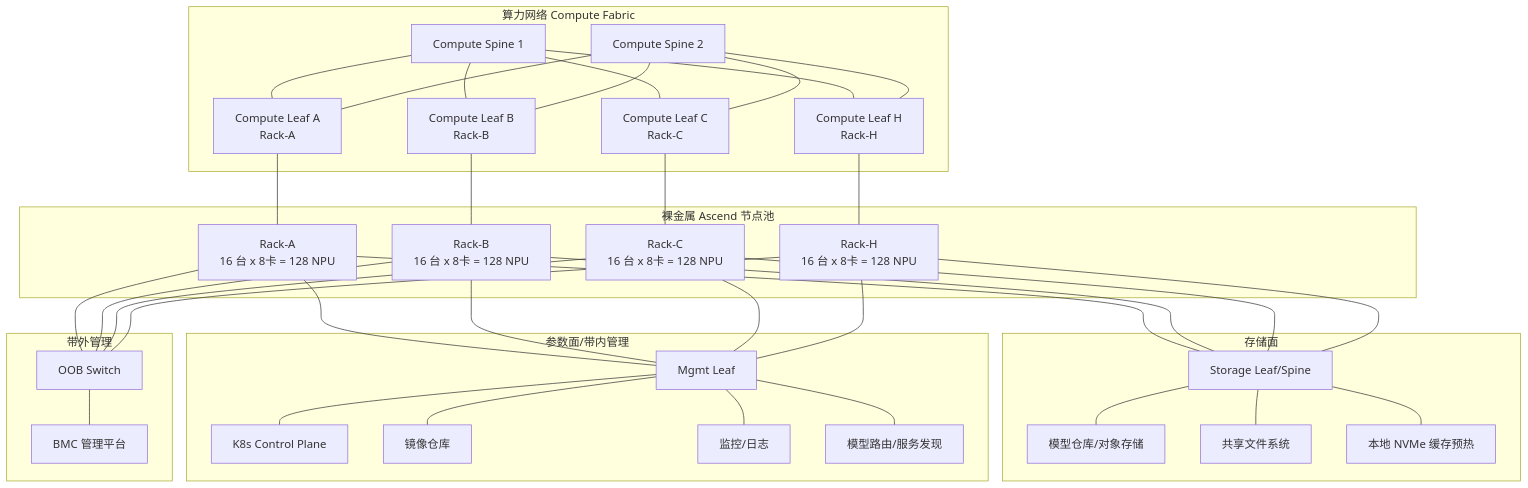
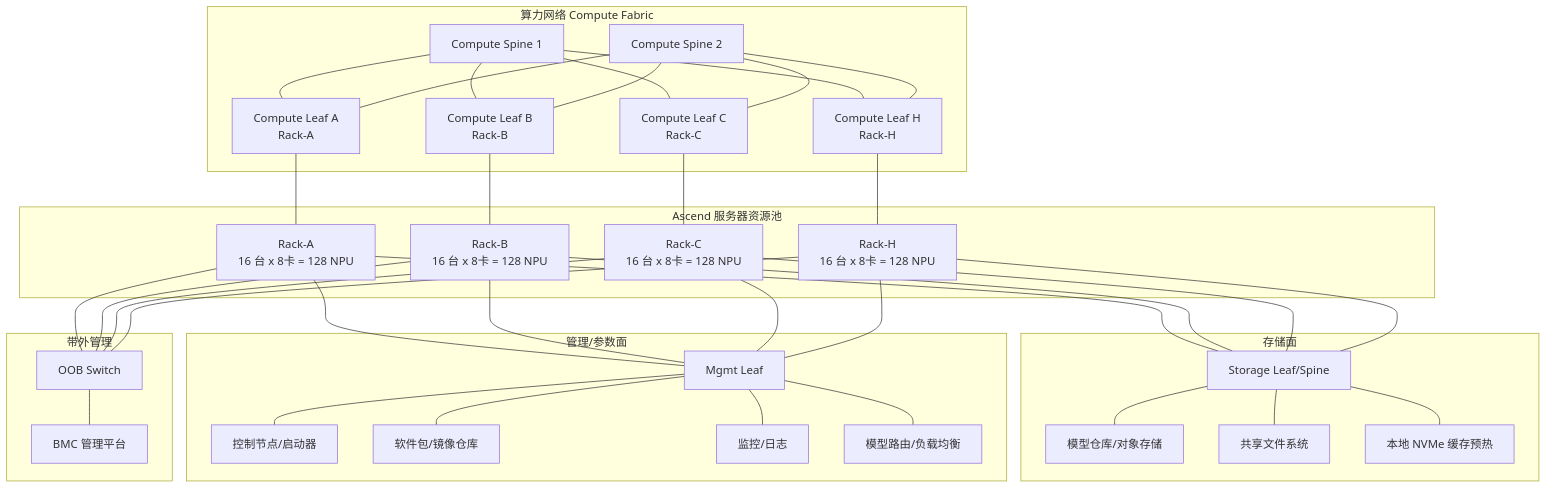
Before and after one commit to yimingren30/12306: the fourth of 6 diagrams in docs/ai-computing-center-network-fault-sharing.md, drawn with Mermaid. The commit also changed other lines of this file, not shown here.

Commit message:
Change Ascend scenario to direct switch deployment

````diff
--- a/docs/ai-computing-center-network-fault-sharing.md
+++ b/docs/ai-computing-center-network-fault-sharing.md
@@ -2883,71 +2854,71 @@
 ```mermaid
 flowchart TB
     subgraph ComputeFabric[算力网络 Compute Fabric]
         CS1[Compute Spine 1]
         CS2[Compute Spine 2]
         CL1[Compute Leaf A<br/>Rack-A]
         CL2[Compute Leaf B<br/>Rack-B]
         CL3[Compute Leaf C<br/>Rack-C]
         CL8[Compute Leaf H<br/>Rack-H]
         CS1 --- CL1
         CS1 --- CL2
         CS1 --- CL3
         CS1 --- CL8
         CS2 --- CL1
         CS2 --- CL2
         CS2 --- CL3
         CS2 --- CL8
     end
 
-    subgraph Nodes[裸金属 Ascend 节点池]
+    subgraph Nodes[Ascend 服务器资源池]
         R1[Rack-A<br/>16 台 x 8卡 = 128 NPU]
         R2[Rack-B<br/>16 台 x 8卡 = 128 NPU]
         R3[Rack-C<br/>16 台 x 8卡 = 128 NPU]
         R8[Rack-H<br/>16 台 x 8卡 = 128 NPU]
     end
 
     subgraph StorageFabric[存储面]
         SL[Storage Leaf/Spine]
         ModelRepo[模型仓库/对象存储]
         SharedFS[共享文件系统]
         Cache[本地 NVMe 缓存预热]
     end
 
-    subgraph MgmtFabric[参数面/带内管理]
+    subgraph MgmtFabric[管理/参数面]
         ML[Mgmt Leaf]
-        K8S[K8s Control Plane]
-        Registry[镜像仓库]
+        Control[控制节点/启动器]
+        Registry[软件包/镜像仓库]
         Monitor[监控/日志]
-        Router[模型路由/服务发现]
+        Router[模型路由/负载均衡]
     end
 
     subgraph OOBFabric[带外管理]
         OOB[OOB Switch]
         BMC[BMC 管理平台]
     end
 
     CL1 --- R1
     CL2 --- R2
     CL3 --- R3
     CL8 --- R8
     R1 --- SL
     R2 --- SL
     R3 --- SL
     R8 --- SL
     SL --- ModelRepo
     SL --- SharedFS
     SL --- Cache
     R1 --- ML
     R2 --- ML
     R3 --- ML
     R8 --- ML
-    ML --- K8S
+    ML --- Control
     ML --- Registry
     ML --- Monitor
     ML --- Router
     R1 --- OOB
     R2 --- OOB
     R3 --- OOB
     R8 --- OOB
     OOB --- BMC
 ```
````
